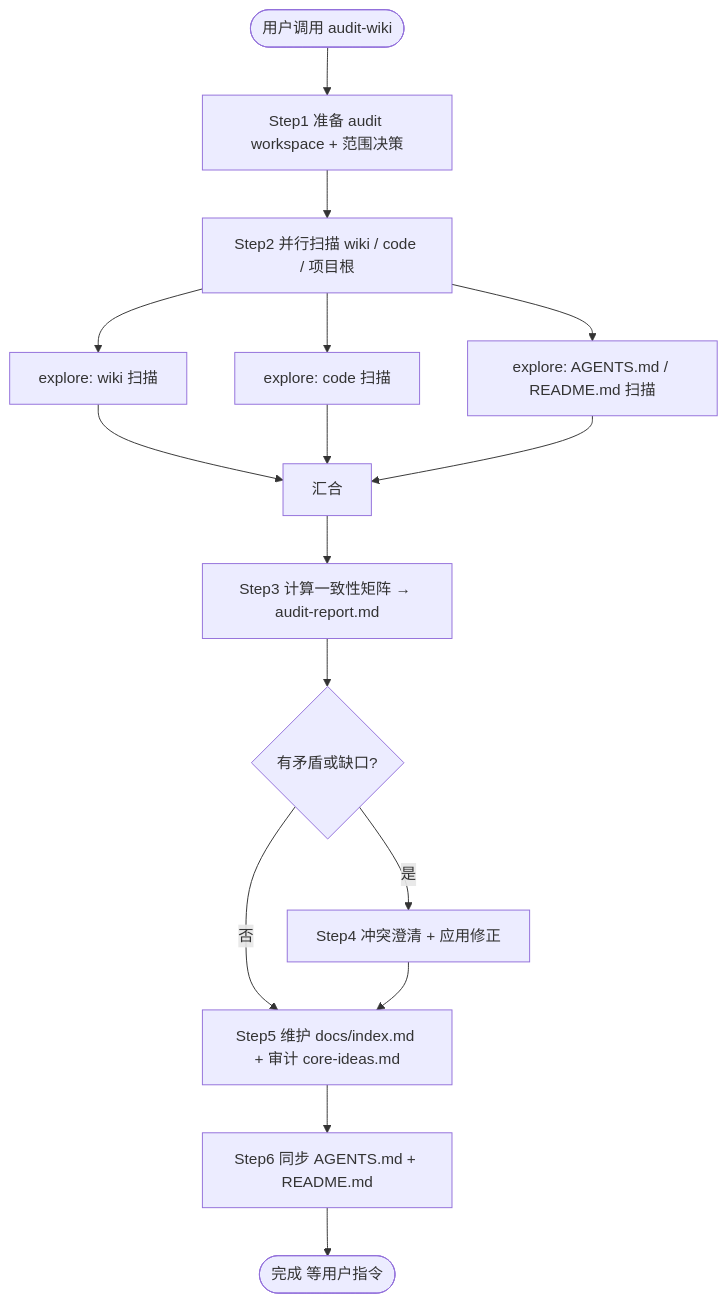
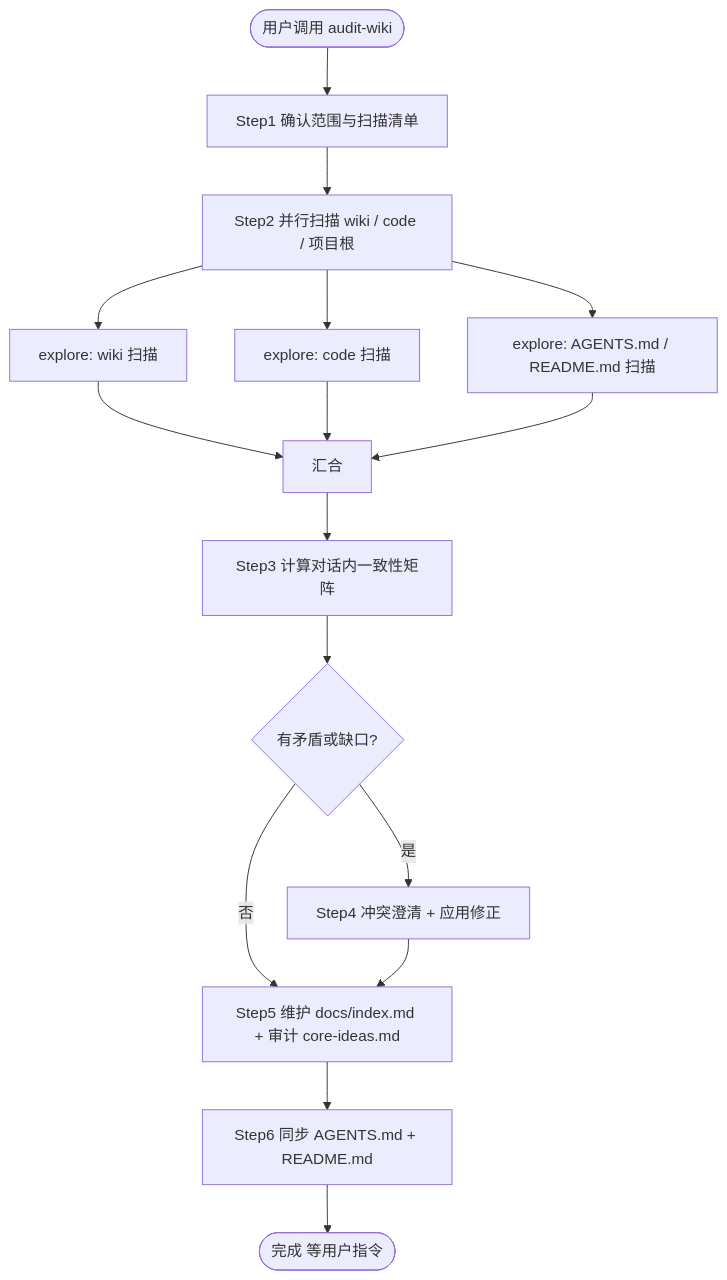
Before and after one commit to Hikaru518/stellar-frontier: the diagram in .opencode/skills/audit-wiki/SKILL.md, drawn with Mermaid. The commit also changed other lines of this file and 15 other files, not shown here.

````diff
--- a/.opencode/skills/audit-wiki/SKILL.md
+++ b/.opencode/skills/audit-wiki/SKILL.md
@@ -29,18 +29,18 @@
 ```mermaid
 flowchart TD
-    startNode([用户调用 audit-wiki]) --> step1[Step1 准备 audit workspace + 范围决策]
+    startNode([用户调用 audit-wiki]) --> step1[Step1 确认范围与扫描清单]
     step1 --> step2[Step2 并行扫描 wiki / code / 项目根]
     step2 --> wikiSub[explore: wiki 扫描]
     step2 --> codeSub[explore: code 扫描]
     step2 --> rootSub[explore: AGENTS.md / README.md 扫描]
     wikiSub --> joinScan[汇合]
     codeSub --> joinScan
     rootSub --> joinScan
-    joinScan --> step3[Step3 计算一致性矩阵 → audit-report.md]
+    joinScan --> step3[Step3 计算对话内一致性矩阵]
     step3 --> hasFinding{有矛盾或缺口?}
     hasFinding -- "是" --> step4[Step4 冲突澄清 + 应用修正]
     hasFinding -- "否" --> step5
     step4 --> step5[Step5 维护 docs/index.md + 审计 core-ideas.md]
     step5 --> step6[Step6 同步 AGENTS.md + README.md]
     step6 --> doneNode([完成 等用户指令])
 ```
````
